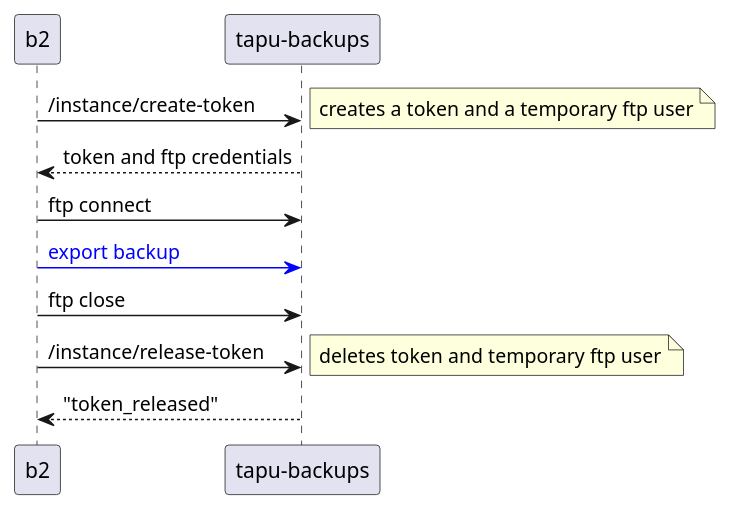
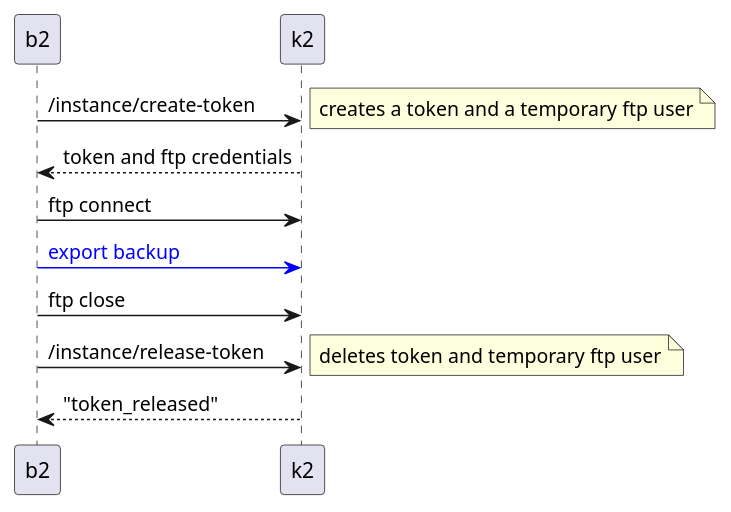
One commit to yesbabylon/k2 changed the diagram in doc/uml/backup-export.puml. Above: the diagram before and after it, drawn with PlantUML. The commit also changed 30 other files, not shown here.

```diff
--- a/doc/uml/backup-export.puml
+++ b/doc/uml/backup-export.puml
@@ -1,19 +1,19 @@
 @startuml backup-export
 
-b2 -> "tapu-backups": /instance/create-token
+b2 -> "k2": /instance/create-token
 note right: creates a token and a temporary ftp user
 
-"tapu-backups" --> b2: token and ftp credentials
+"k2" --> b2: token and ftp credentials
 
-b2 -> "tapu-backups": ftp connect
+b2 -> "k2": ftp connect
 
-b2 -[#blue]> "tapu-backups": <font color="blue">export backup</font>
+b2 -[#blue]> "k2": <font color="blue">export backup</font>
 
-b2 -> "tapu-backups": ftp close
+b2 -> "k2": ftp close
 
-b2 -> "tapu-backups": /instance/release-token
+b2 -> "k2": /instance/release-token
 note right: deletes token and temporary ftp user
 
-"tapu-backups" --> b2: "token_released"
+"k2" --> b2: "token_released"
 
 @enduml
```
